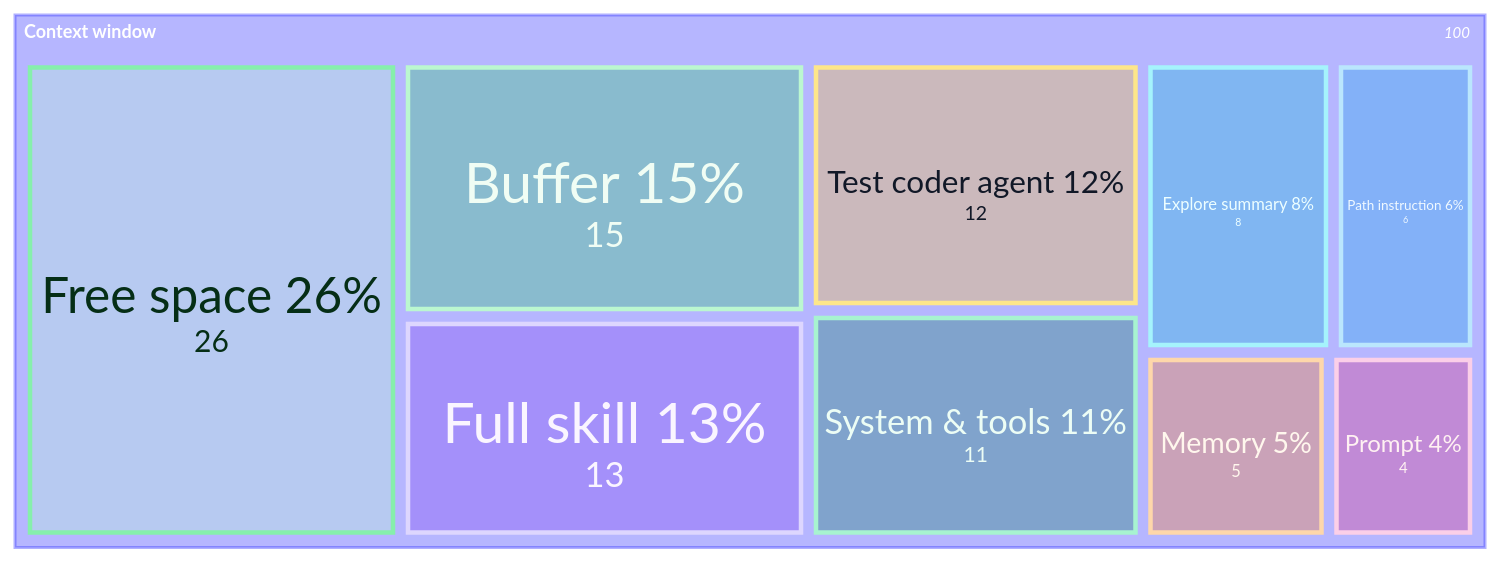
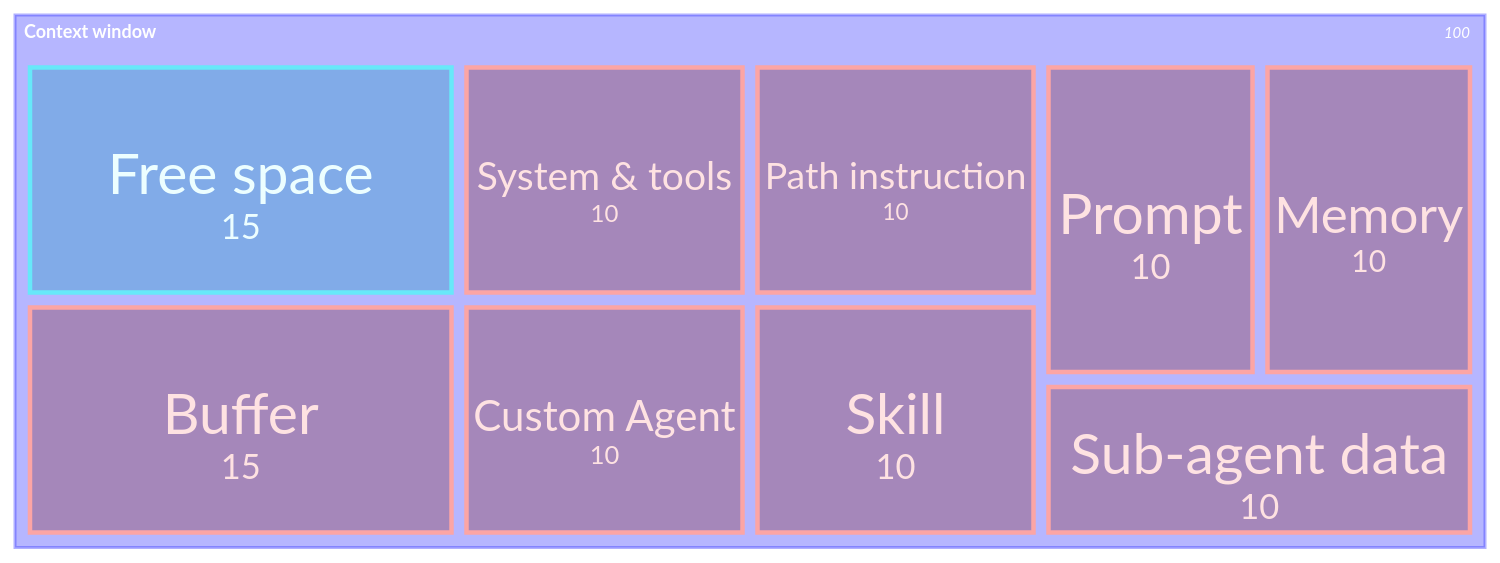
One commit to theomonfort/theomonfort changed the fifth of 5 diagrams in src/content/glossary/context-engineering.md. Above: the diagram before and after it, drawn with Mermaid. The commit also changed other lines of this file, not shown here.

````diff
--- a/src/content/glossary/context-engineering.md
+++ b/src/content/glossary/context-engineering.md
@@ -124,22 +111,15 @@
 ```mermaid
 treemap-beta
 "Context window"
-  "System & tools 11%": 11:::system
-  "Test coder agent 12%": 12:::agent
-  "Path instruction 6%": 6:::path
-  "Full skill 13%": 13:::skill
-  "Prompt 4%": 4:::prompt
-  "Memory 5%": 5:::memory
-  "Explore summary 8%": 8:::summary
-  "Free space 26%": 26:::free
-  "Buffer 15%": 15:::buffer
-classDef system fill:#047857,stroke:#a7f3d0,color:#ecfdf5
-classDef agent fill:#fbbf24,stroke:#fde68a,color:#111827
-classDef path fill:#0ea5e9,stroke:#bae6fd,color:#f0f9ff
-classDef skill fill:#7c3aed,stroke:#ddd6fe,color:#faf5ff
-classDef prompt fill:#db2777,stroke:#fbcfe8,color:#fff1f2
-classDef memory fill:#f97316,stroke:#fed7aa,color:#fff7ed
-classDef summary fill:#06b6d4,stroke:#a5f3fc,color:#ecfeff
-classDef free fill:#bbf7d0,stroke:#86efac,color:#052e16
-classDef buffer fill:#22c55e,stroke:#bbf7d0,color:#f0fdf4
+  "System & tools": 10:::used
+  "Custom Agent": 10:::used
+  "Path instruction": 10:::used
+  "Skill": 10:::used
+  "Prompt": 10:::used
+  "Memory": 10:::used
+  "Sub-agent data": 10:::used
+  "Free space": 15:::free
+  "Buffer": 15:::used
+classDef used fill:#7f1d1d,stroke:#fca5a5,color:#fee2e2
+classDef free fill:#0891b2,stroke:#67e8f9,color:#ecfeff
 ```
````
